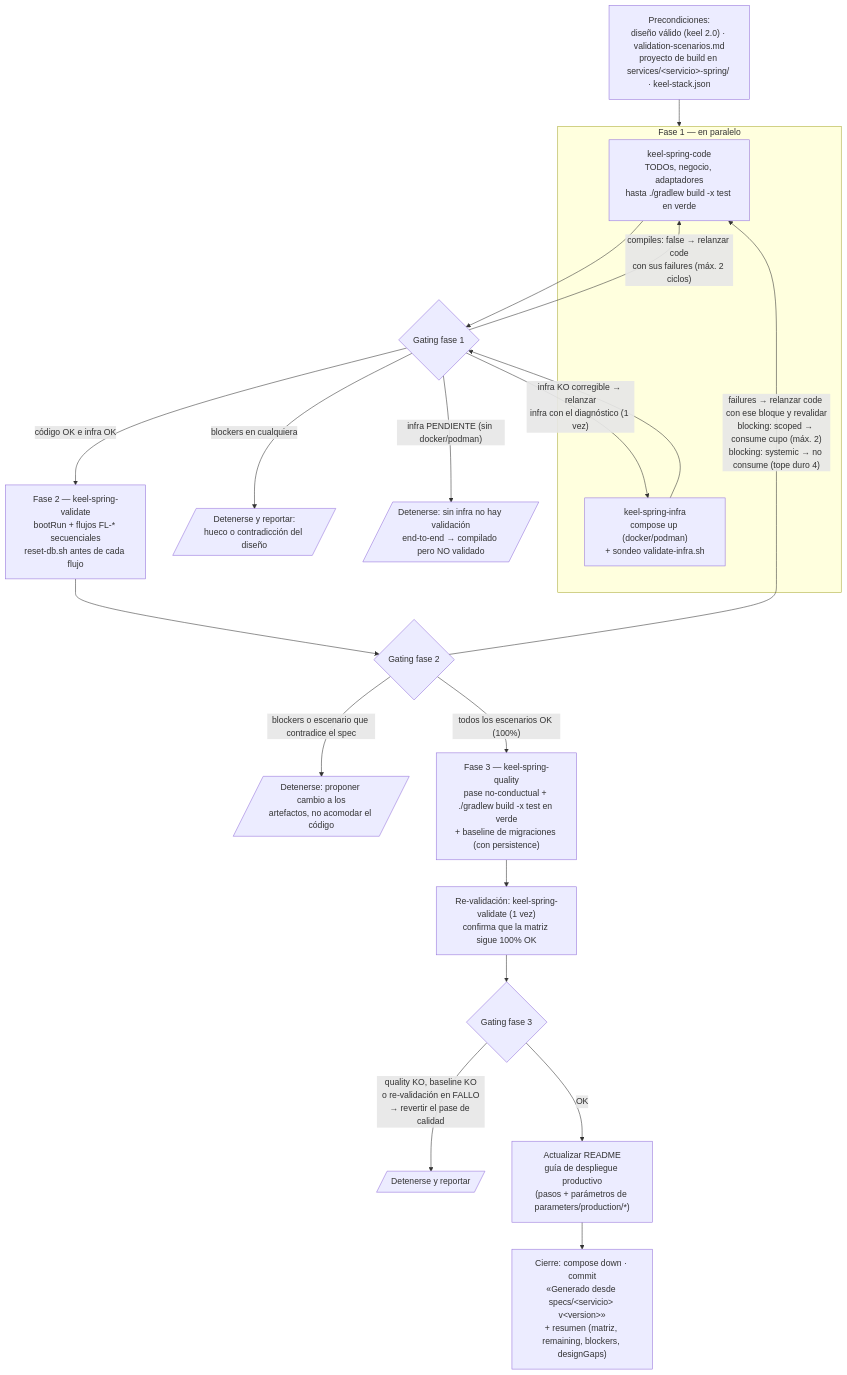
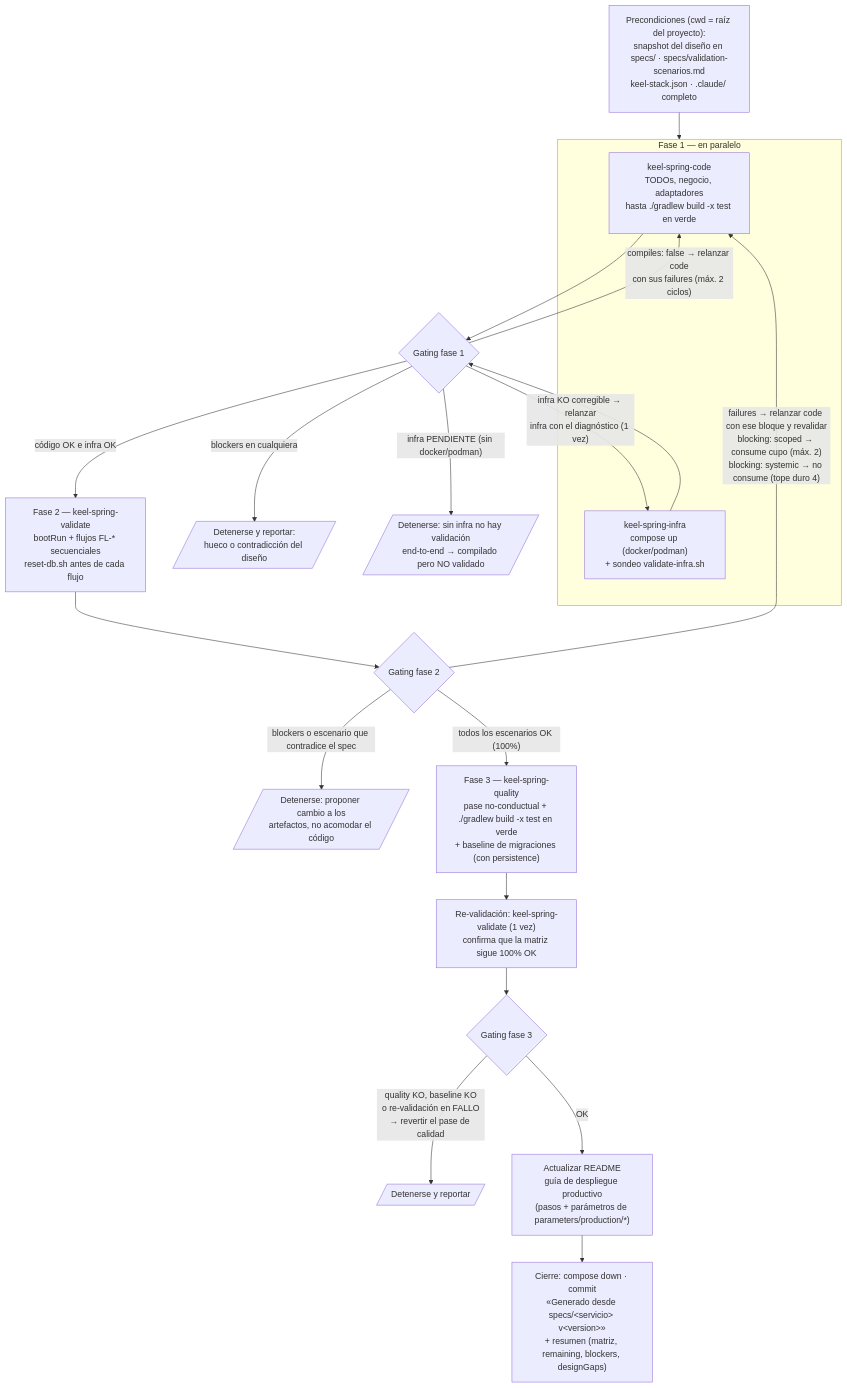
The diagram in packages/keel-spring/assets/generators/spring/orchestration.md (keel-system/keel), drawn with Mermaid before and after one commit. The commit also changed other lines of this file and 21 other files, not shown here.

First line of the commit message:
feat: refactor keel-spring generator to enhance orchestration and project structure

````diff
--- a/packages/keel-spring/assets/generators/spring/orchestration.md
+++ b/packages/keel-spring/assets/generators/spring/orchestration.md
@@ -28,31 +29,31 @@
 ```mermaid
 flowchart TB
-    PRE["Precondiciones:<br/>diseño válido (keel 2.0) · validation-scenarios.md<br/>proyecto de build en services/&lt;servicio&gt;-spring/ · keel-stack.json"]
+    PRE["Precondiciones (cwd = raíz del proyecto):<br/>snapshot del diseño en specs/ · specs/validation-scenarios.md<br/>keel-stack.json · .claude/ completo"]
 
     PRE --> F1
     subgraph F1["Fase 1 — en paralelo"]
         CODE["keel-spring-code<br/>TODOs, negocio, adaptadores<br/>hasta ./gradlew build -x test en verde"]
         INFRA["keel-spring-infra<br/>compose up (docker/podman)<br/>+ sondeo validate-infra.sh"]
     end
 
     CODE --> GATE1{Gating fase 1}
     INFRA --> GATE1
     GATE1 -->|"compiles: false → relanzar code<br/>con sus failures (máx. 2 ciclos)"| CODE
     GATE1 -->|"infra KO corregible → relanzar<br/>infra con el diagnóstico (1 vez)"| INFRA
     GATE1 -->|"blockers en cualquiera"| STOP1[/"Detenerse y reportar:<br/>hueco o contradicción del diseño"/]
     GATE1 -->|"infra PENDIENTE (sin docker/podman)"| STOP0[/"Detenerse: sin infra no hay validación<br/>end-to-end → compilado pero NO validado"/]
     GATE1 -->|código OK e infra OK| VALIDATE
 
     VALIDATE["Fase 2 — keel-spring-validate<br/>bootRun + flujos FL-* secuenciales<br/>reset-db.sh antes de cada flujo"]
     VALIDATE --> GATE2{Gating fase 2}
     GATE2 -->|"failures → relanzar code con ese bloque y revalidar<br/>blocking: scoped → consume cupo (máx. 2)<br/>blocking: systemic → no consume (tope duro 4)"| CODE
     GATE2 -->|"blockers o escenario que contradice el spec"| STOP2[/"Detenerse: proponer cambio a los<br/>artefactos, no acomodar el código"/]
     GATE2 -->|"todos los escenarios OK (100%)"| QUALITY
 
     QUALITY["Fase 3 — keel-spring-quality<br/>pase no-conductual + ./gradlew build -x test en verde<br/>+ baseline de migraciones (con persistence)"]
     QUALITY --> REVAL["Re-validación: keel-spring-validate (1 vez)<br/>confirma que la matriz sigue 100% OK"]
     REVAL --> GATE3{Gating fase 3}
     GATE3 -->|"quality KO, baseline KO<br/>o re-validación en FALLO<br/>→ revertir el pase de calidad"| STOP3[/"Detenerse y reportar"/]
     GATE3 -->|OK| README["Actualizar README<br/>guía de despliegue productivo<br/>(pasos + parámetros de parameters/production/*)"]
     README --> CLOSE["Cierre: compose down · commit<br/>«Generado desde specs/&lt;servicio&gt; v&lt;version&gt;»<br/>+ resumen (matriz, remaining, blockers, designGaps)"]
 ```
````
